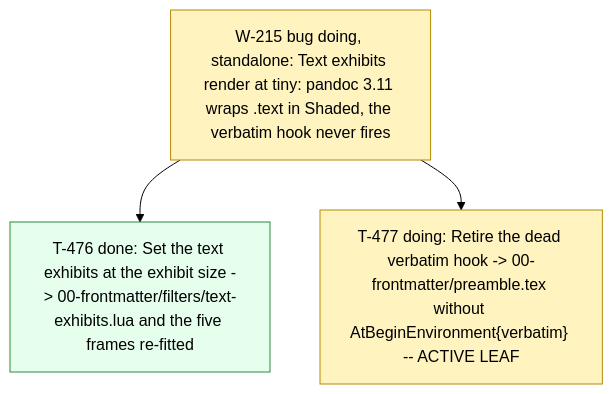
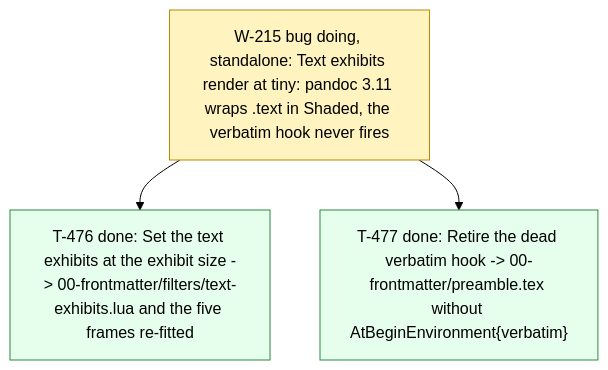
One commit to dpopchev/chaos-to-simple changed the diagram in .board/BOARD.md. Above: the diagram before and after it, drawn with Mermaid (forest theme). The commit also changed other lines of this file and 1 other file, not shown here.

Commit message:
chore(board): close T-477 -- W-215 ready to land
Refs: W-215 T-477

````diff
--- a/.board/BOARD.md
+++ b/.board/BOARD.md
@@ -1269,13 +1269,13 @@
 ```mermaid
 flowchart TD
   W215["W-215 bug doing, standalone: Text exhibits render at tiny: pandoc 3.11 wraps .text in Shaded, the verbatim hook never fires"]
   W215 --> T476["T-476 done: Set the text exhibits at the exhibit size -> 00-frontmatter/filters/text-exhibits.lua and the five frames re-fitted"]
-  W215 --> T477["T-477 doing: Retire the dead verbatim hook -> 00-frontmatter/preamble.tex without AtBeginEnvironment{verbatim} -- ACTIVE LEAF"]
+  W215 --> T477["T-477 done: Retire the dead verbatim hook -> 00-frontmatter/preamble.tex without AtBeginEnvironment{verbatim}"]
   classDef doing fill:#fff3bf,stroke:#b58900,color:#000;
   classDef blocked fill:#ffe3e3,stroke:#c92a2a,color:#000;
   classDef done fill:#e6ffed,stroke:#2b8a3e,color:#000;
   classDef todo fill:#f8f9fa,stroke:#868e96,color:#000;
   classDef pruned fill:#f1f3f5,stroke:#adb5bd,color:#000;
-  class W215,T477 doing
-  class T476 done
+  class W215 doing
+  class T476,T477 done
 ```
````
